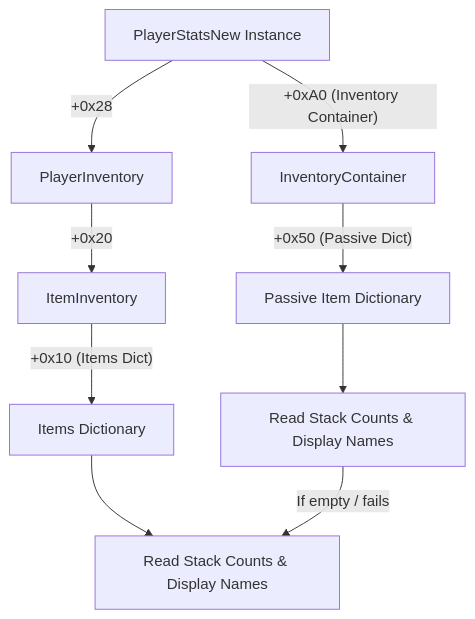
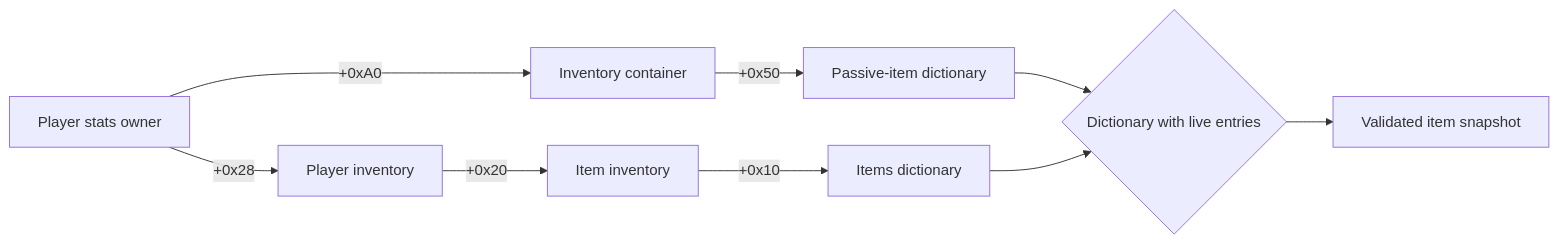
The diagram in docs/wiki/Memory_and_Live_Stats.md (ALuiell/BonkScanner), drawn with Mermaid before and after one commit. The commit also changed other lines of this file and 30 other files, not shown here.

````diff
--- a/docs/wiki/Memory_and_Live_Stats.md
+++ b/docs/wiki/Memory_and_Live_Stats.md
@@ -67,17 +170,12 @@
 ```mermaid
-graph TD
-    PlayerStats[PlayerStatsNew Instance]
-
-    %% Primary Path
-    PlayerStats -- "+0xA0 (Inventory Container)" --> InvContainer[InventoryContainer]
-    InvContainer -- "+0x50 (Passive Dict)" --> PassiveDict[Passive Item Dictionary]
-    PassiveDict --> ResolvePrimary[Read Stack Counts & Display Names]
-
-    %% Fallback Path
-    PlayerStats -- "+0x28" --> PlayerInv[PlayerInventory]
-    PlayerInv -- "+0x20" --> ItemInv[ItemInventory]
-    ItemInv -- "+0x10 (Items Dict)" --> ItemsDict[Items Dictionary]
-    ItemsDict --> ResolveFallback[Read Stack Counts & Display Names]
-
-    ResolvePrimary -- "If empty / fails" --> ResolveFallback
+flowchart LR
+    Stats[Player stats owner]
+    Stats -->|+0xA0| Container[Inventory container]
+    Container -->|+0x50| Primary[Passive-item dictionary]
+    Stats -->|+0x28| PlayerInventory[Player inventory]
+    PlayerInventory -->|+0x20| ItemInventory[Item inventory]
+    ItemInventory -->|+0x10| Fallback[Items dictionary]
+    Primary --> Select{Dictionary with live entries}
+    Fallback --> Select
+    Select --> Snapshot[Validated item snapshot]
 ```
````
